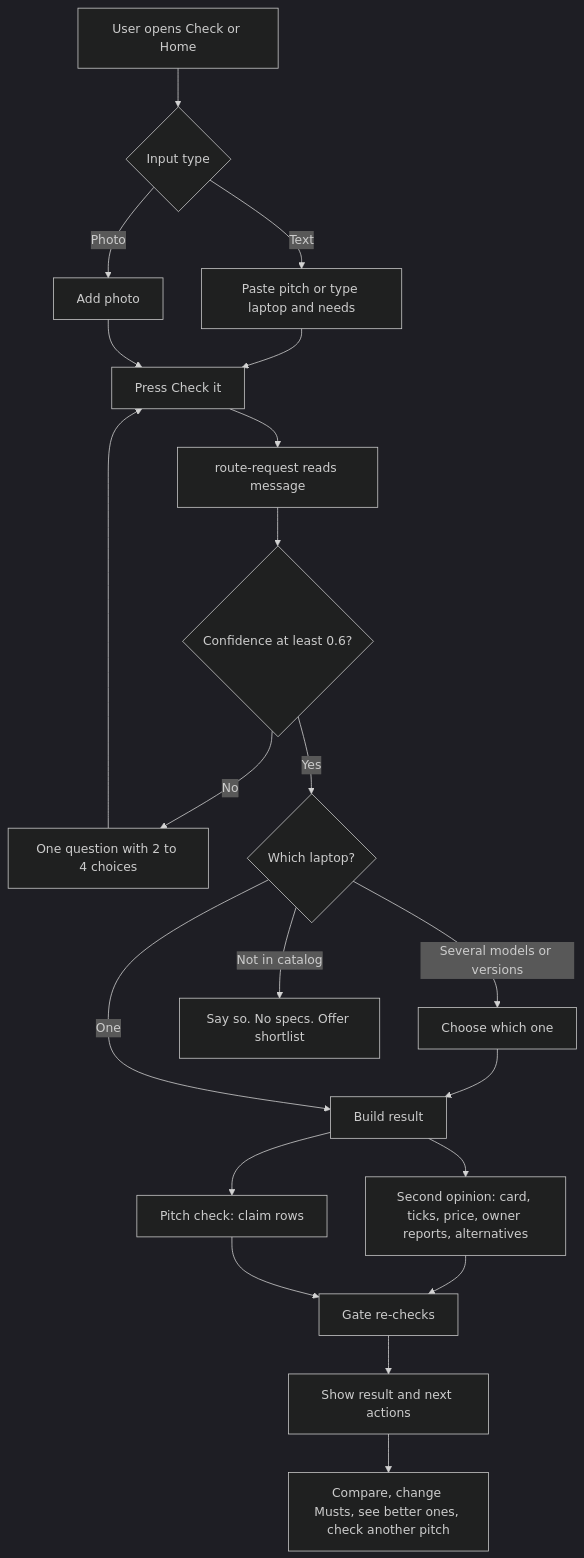
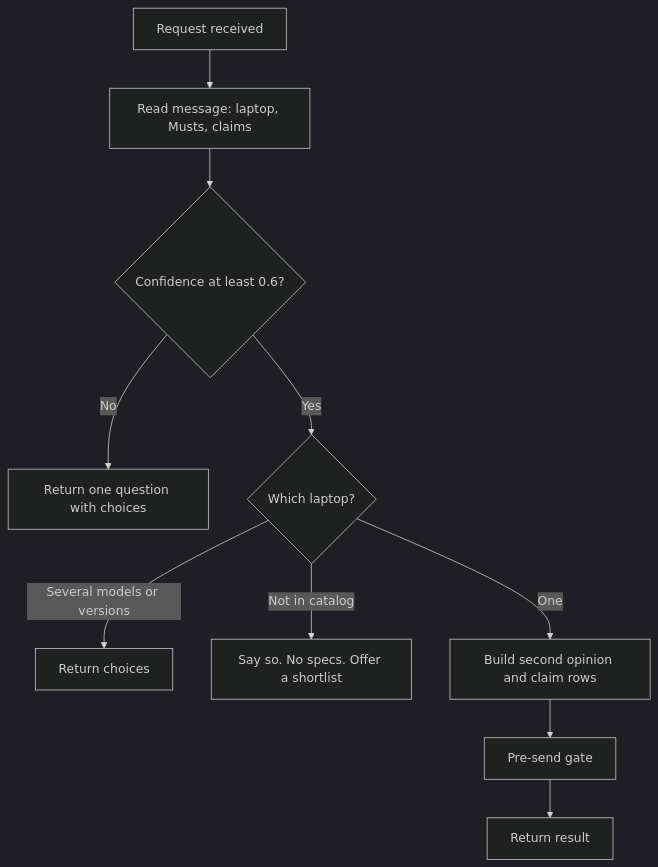
One commit to Atharvojha/AIforPMCapstoneProject_Team11 changed the first of 3 diagrams in lapfit-project/ai-spec/specs/F02_second_opinion_and_pitch_check.md. Above: the diagram before and after it, drawn with Mermaid (dark theme). The commit also changed other lines of this file and 46 other files, not shown here.

First line of the commit message:
Add build plan, AI PRDs, functional specs and researched answers

````diff
--- a/lapfit-project/ai-spec/specs/F02_second_opinion_and_pitch_check.md
+++ b/lapfit-project/ai-spec/specs/F02_second_opinion_and_pitch_check.md
@@ -63,23 +65,12 @@
 ```mermaid
 flowchart TD
-  A[User opens Check or Home] --> B{Input type}
-  B -->|Text| C[Paste pitch or type laptop and needs]
-  B -->|Photo| D[Add photo]
-  C --> E[Press Check it]
-  D --> E
-  E --> F[route-request reads message]
-  F --> G{Confidence at least 0.6?}
-  G -->|No| H[One question with 2 to 4 choices]
-  H --> E
-  G -->|Yes| I{Which laptop?}
-  I -->|Several models or versions| J[Choose which one]
-  J --> K
-  I -->|Not in catalog| L[Say so. No specs. Offer shortlist]
-  I -->|One| K[Build result]
-  K --> M[Second opinion: card, ticks, price, owner reports, alternatives]
-  K --> N[Pitch check: claim rows]
-  M --> O[Gate re-checks]
-  N --> O
-  O --> P[Show result and next actions]
-  P --> Q[Compare, change Musts, see better ones, check another pitch]
+  A[Request received] --> B[Read message: laptop, Musts, claims]
+  B --> C{Confidence at least 0.6?}
+  C -->|No| D[Return one question with choices]
+  C -->|Yes| E{Which laptop?}
+  E -->|Several models or versions| F[Return choices]
+  E -->|Not in catalog| G[Say so. No specs. Offer a shortlist]
+  E -->|One| H[Build second opinion and claim rows]
+  H --> I[Pre-send gate]
+  I --> J[Return result]
 ```
````
